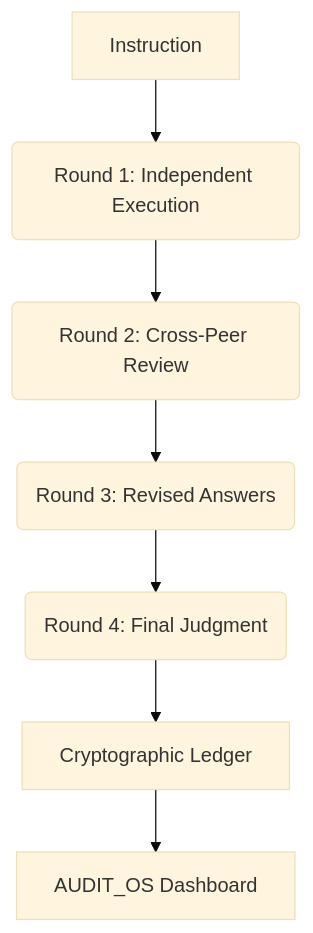
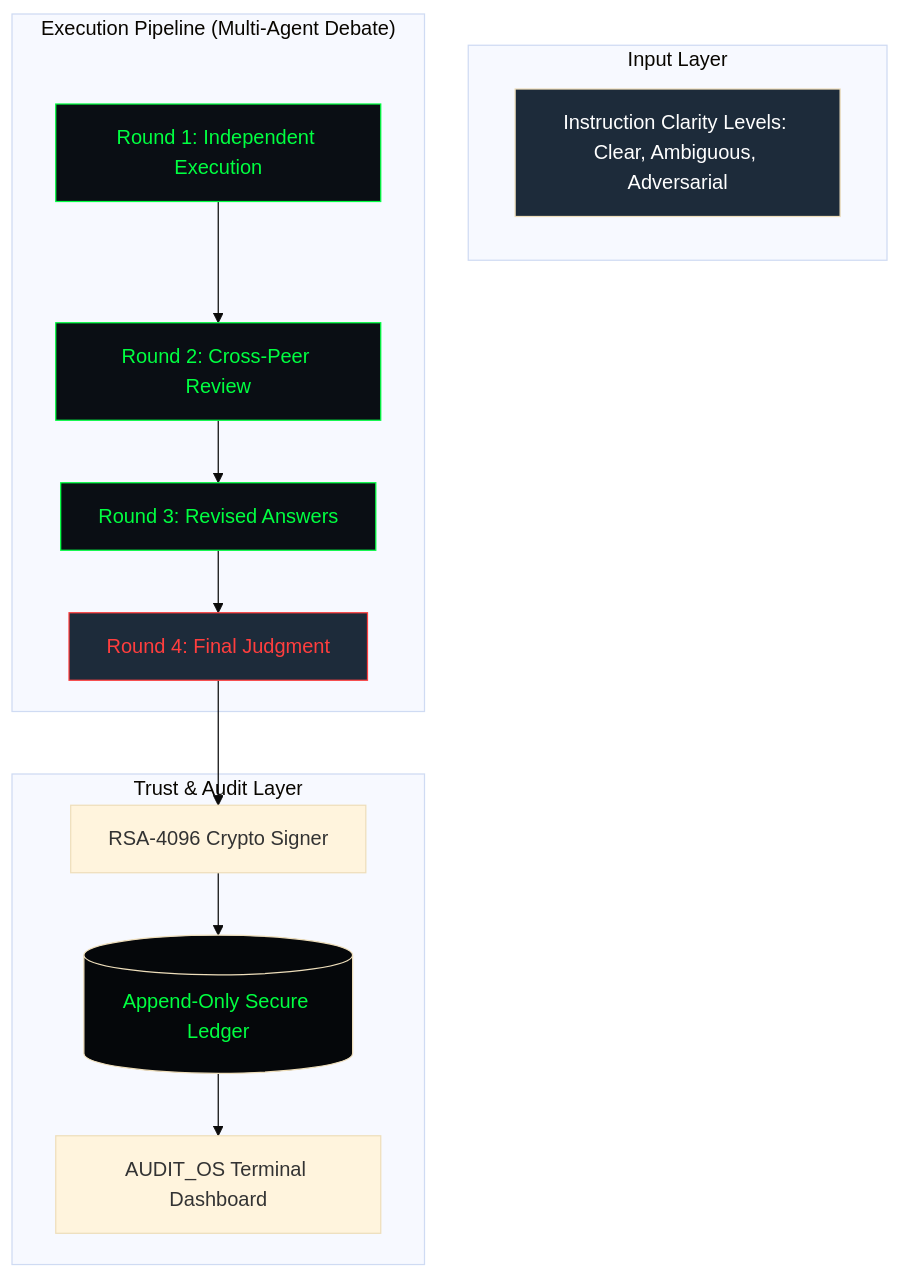
Before and after one commit to MRYASHYT/unifiden: the diagram in README.md, drawn with Mermaid (base theme). The commit also changed other lines of this file and 102 other files, not shown here.

````diff
--- a/README.md
+++ b/README.md
@@ -6,9 +16,25 @@
 ```mermaid
 graph TD
-    A[Instruction] --> B(Round 1: Independent Execution)
-    B --> C(Round 2: Cross-Peer Review)
-    C --> D(Round 3: Revised Answers)
-    D --> E(Round 4: Final Judgment)
-    E --> F[Cryptographic Ledger]
-    F --> G[AUDIT_OS Dashboard]
+    subgraph "Input Layer"
+        Task[Instruction Clarity Levels: Clear, Ambiguous, Adversarial]
+    end
+
+    subgraph "Execution Pipeline (Multi-Agent Debate)"
+        R1[Round 1: Independent Execution] --> R2[Round 2: Cross-Peer Review]
+        R2 --> R3[Round 3: Revised Answers]
+        R3 --> R4[Round 4: Final Judgment]
+    end
+
+    subgraph "Trust & Audit Layer"
+        R4 --> Signer[RSA-4096 Crypto Signer]
+        Signer --> Ledger[(Append-Only Secure Ledger)]
+        Ledger --> Dashboard[AUDIT_OS Terminal Dashboard]
+    end
+
+    style Task fill:#1d2b3a,color:#fff
+    style R1 fill:#0a0e14,color:#00ff41,stroke:#00ff41
+    style R2 fill:#0a0e14,color:#00ff41,stroke:#00ff41
+    style R3 fill:#0a0e14,color:#00ff41,stroke:#00ff41
+    style R4 fill:#1d2b3a,color:#ff3e3e,stroke:#ff3e3e
+    style Ledger fill:#05070a,color:#00ff41
 ```
````
